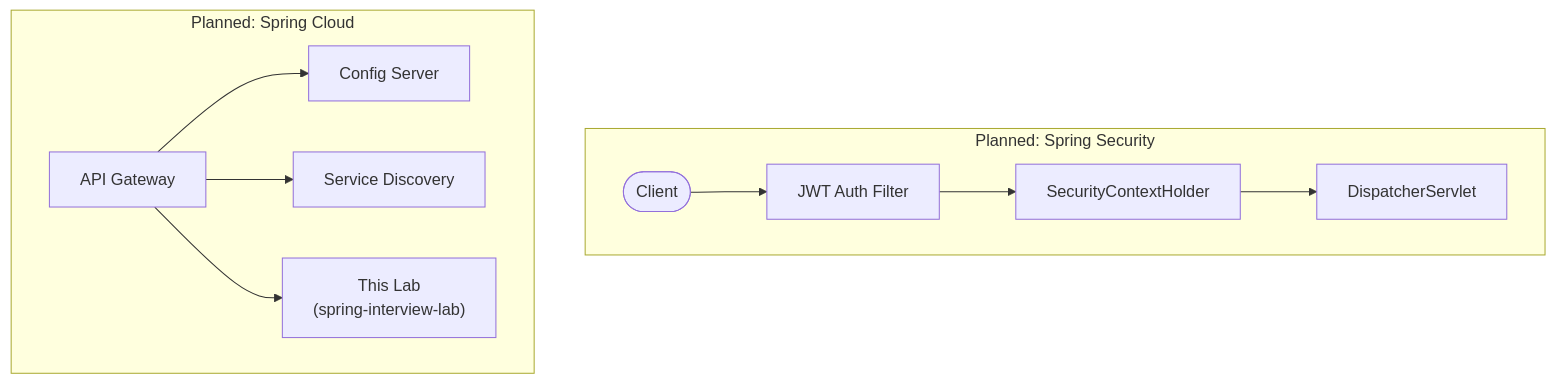
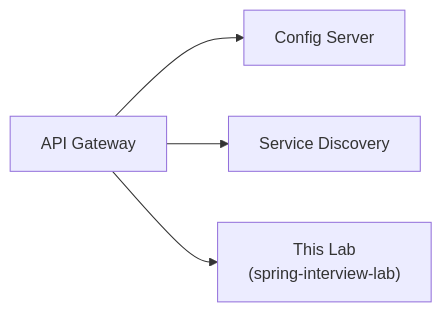
The ninth of 9 diagrams in spring-interview-lab/README.md (temptation4/-spring-interview-lab), drawn with Mermaid before and after one commit. The commit also changed other lines of this file, not shown here.

First line of the commit message:
Present Spring Security/Cloud as regular sections, not placeholders

````diff
--- a/spring-interview-lab/README.md
+++ b/spring-interview-lab/README.md
@@ -238,14 +259,6 @@
 ```mermaid
-graph TD
-    subgraph "Planned: Spring Security"
-        Client(["Client"]) --> Filter["JWT Auth Filter"]
-        Filter --> SCH[SecurityContextHolder]
-        SCH --> DS2[DispatcherServlet]
-    end
-
-    subgraph "Planned: Spring Cloud"
-        GW["API Gateway"] --> Cfg["Config Server"]
-        GW --> Disc["Service Discovery"]
-        GW --> ThisApp["This Lab<br/>(spring-interview-lab)"]
-    end
+graph LR
+    GW["API Gateway"] --> Cfg["Config Server"]
+    GW --> Disc["Service Discovery"]
+    GW --> ThisApp["This Lab<br/>(spring-interview-lab)"]
 ```
````
